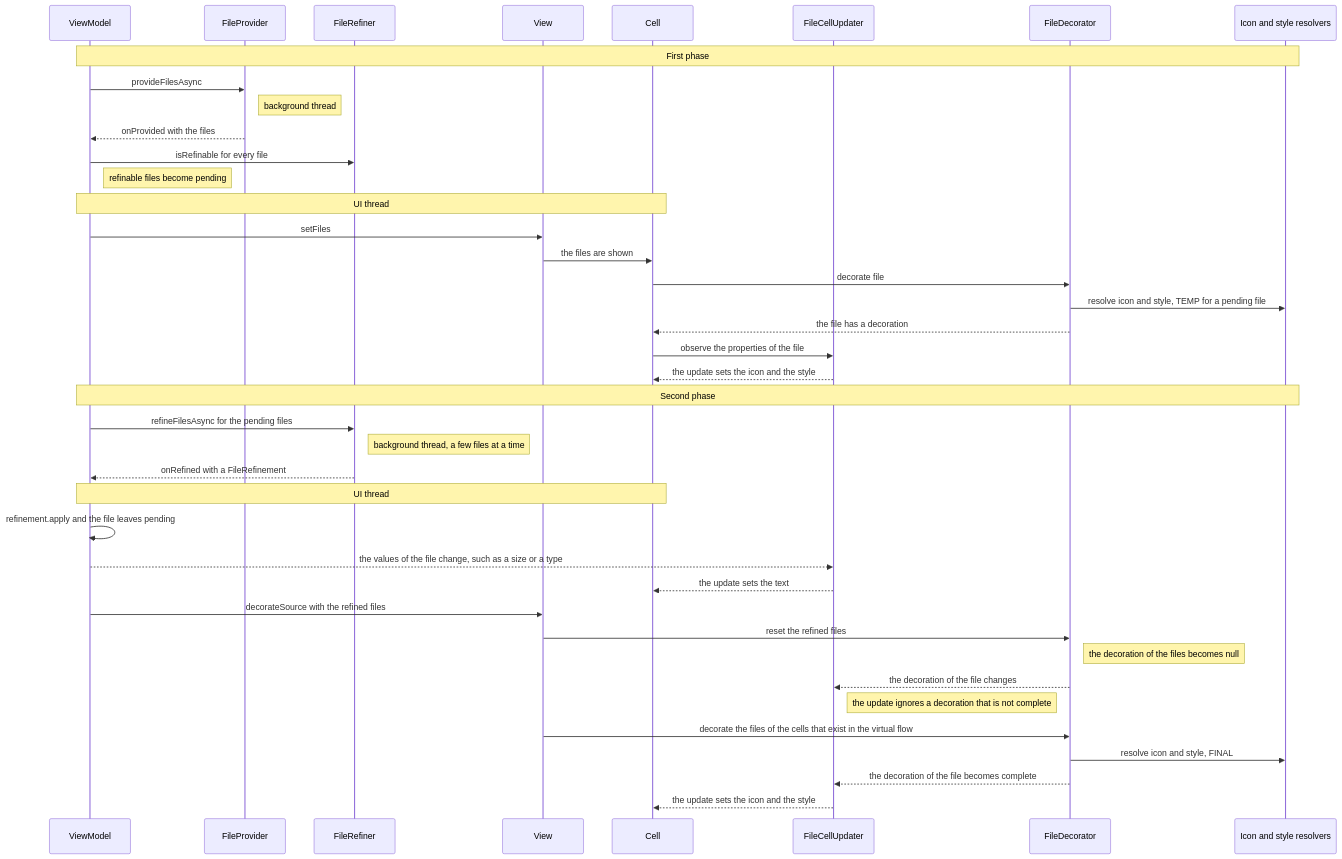
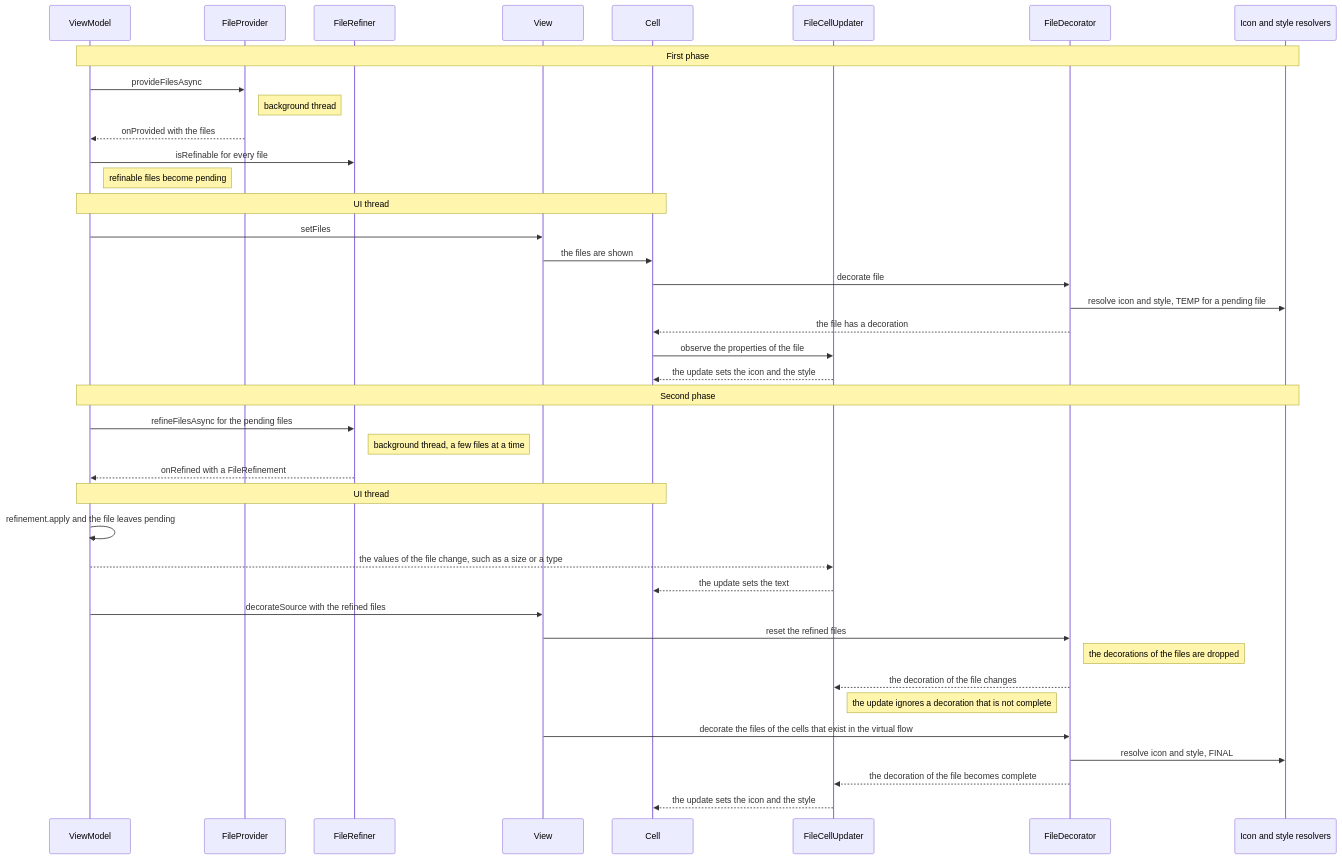
Before and after one commit to techsenger/shellfx: the second of 3 diagrams in README.md, drawn with Mermaid. The commit also changed other lines of this file and 8 other files, not shown here.

````diff
--- a/README.md
+++ b/README.md
@@ -1393,44 +1393,44 @@
 ```mermaid
 sequenceDiagram
     participant VM as ViewModel
     participant P as FileProvider
     participant R as FileRefiner
     participant V as View
     participant C as Cell
     participant S as FileCellUpdater
     participant D as FileDecorator
     participant X as Icon and style resolvers
 
     Note over VM,X: First phase
     VM->>P: provideFilesAsync
     Note right of P: background thread
     P-->>VM: onProvided with the files
     VM->>R: isRefinable for every file
     Note right of VM: refinable files become pending
     Note over VM,C: UI thread
     VM->>V: setFiles
     V->>C: the files are shown
     C->>D: decorate file
     D->>X: resolve icon and style, TEMP for a pending file
     D-->>C: the file has a decoration
     C->>S: observe the properties of the file
     S-->>C: the update sets the icon and the style
 
     Note over VM,X: Second phase
     VM->>R: refineFilesAsync for the pending files
     Note right of R: background thread, a few files at a time
     R-->>VM: onRefined with a FileRefinement
     Note over VM,C: UI thread
     VM->>VM: refinement.apply and the file leaves pending
     VM-->>S: the values of the file change, such as a size or a type
     S-->>C: the update sets the text
     VM->>V: decorateSource with the refined files
     V->>D: reset the refined files
-    Note right of D: the decoration of the files becomes null
+    Note right of D: the decorations of the files are dropped
     D-->>S: the decoration of the file changes
     Note right of S: the update ignores a decoration that is not complete
     V->>D: decorate the files of the cells that exist in the virtual flow
     D->>X: resolve icon and style, FINAL
     D-->>S: the decoration of the file becomes complete
     S-->>C: the update sets the icon and the style
 ```
````
